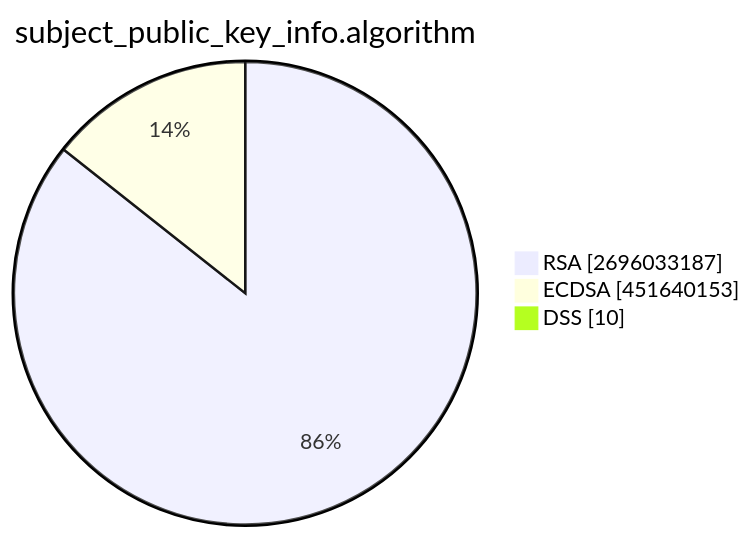
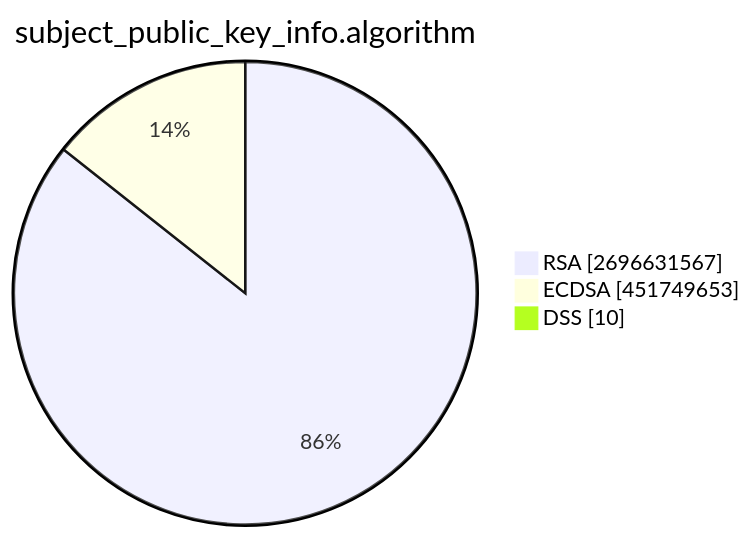
Before and after one commit to christiankrug/ctmonitor_visualization: the second of 15 diagrams in TOTAL/README.md, drawn with Mermaid. The commit also changed other lines of this file, not shown here.

````diff
--- a/TOTAL/README.md
+++ b/TOTAL/README.md
@@ -6,7 +6,7 @@
 ```mermaid
 pie showData
 title subject_public_key_info.algorithm
-"RSA" :2696033187
-"ECDSA" :451640153
+"RSA" :2696631567
+"ECDSA" :451749653
 "DSS" :10
 ```
````
